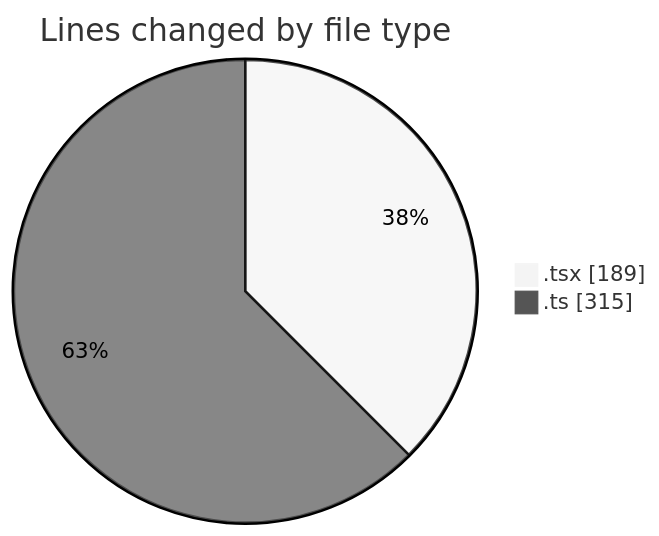
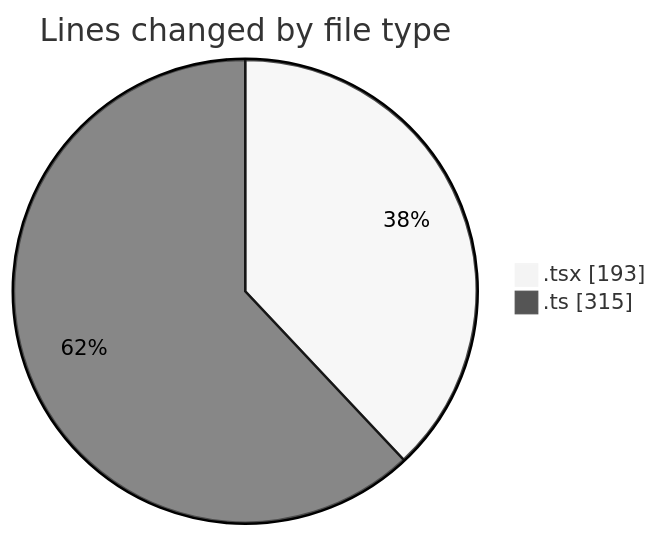
One commit to julien-gomy/code-tracking changed the first of 2 diagrams in 2025-11-22/eventscop-frontend-guide__workspace_/README.md. Above: the diagram before and after it, drawn with Mermaid (neutral theme). The commit also changed other lines of this file and 1 other file, not shown here.

````diff
--- a/2025-11-22/eventscop-frontend-guide__workspace_/README.md
+++ b/2025-11-22/eventscop-frontend-guide__workspace_/README.md
@@ -25,6 +25,6 @@
 ```mermaid
 pie showData
 title Lines changed by file type
-".tsx" : 189
+".tsx" : 193
 ".ts" : 315
 ```
````
